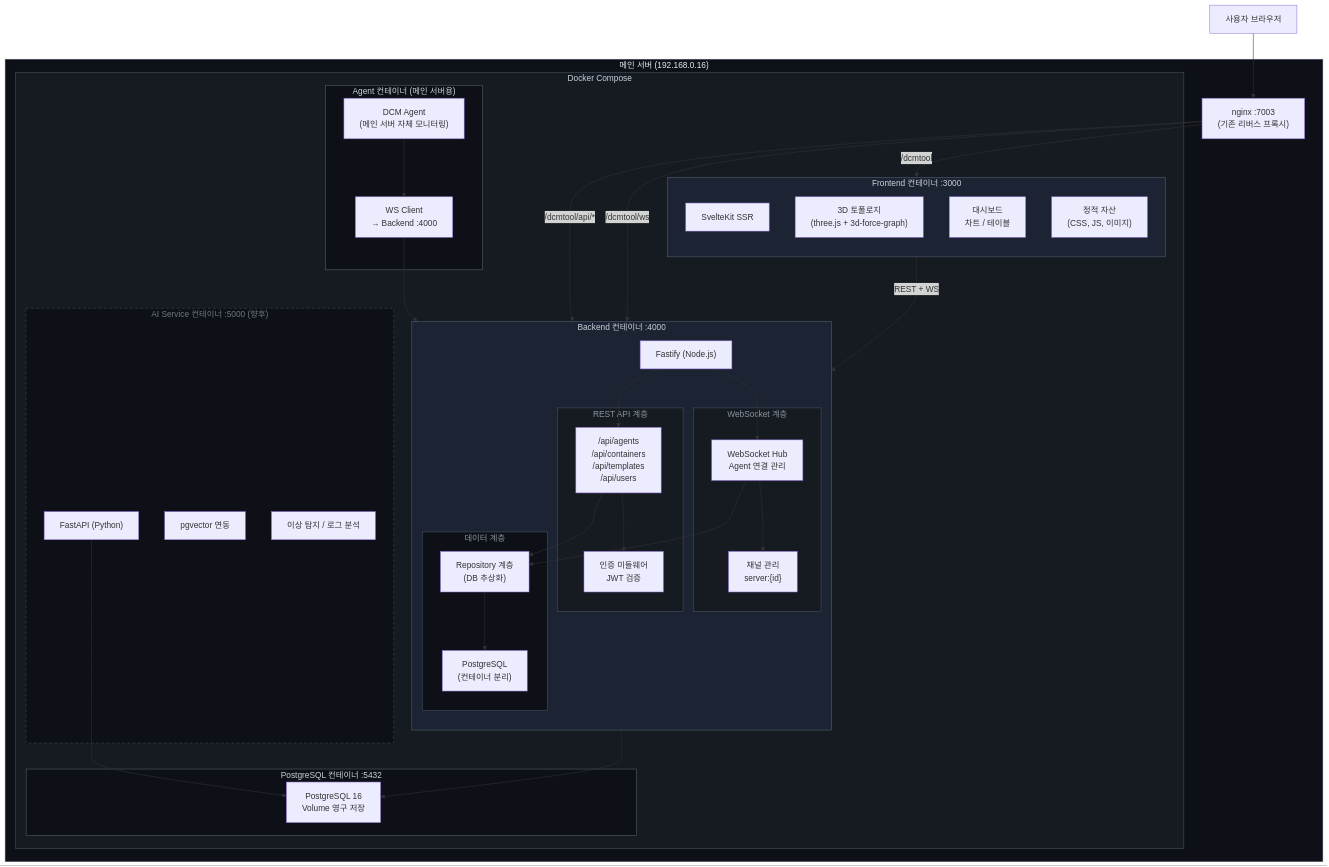
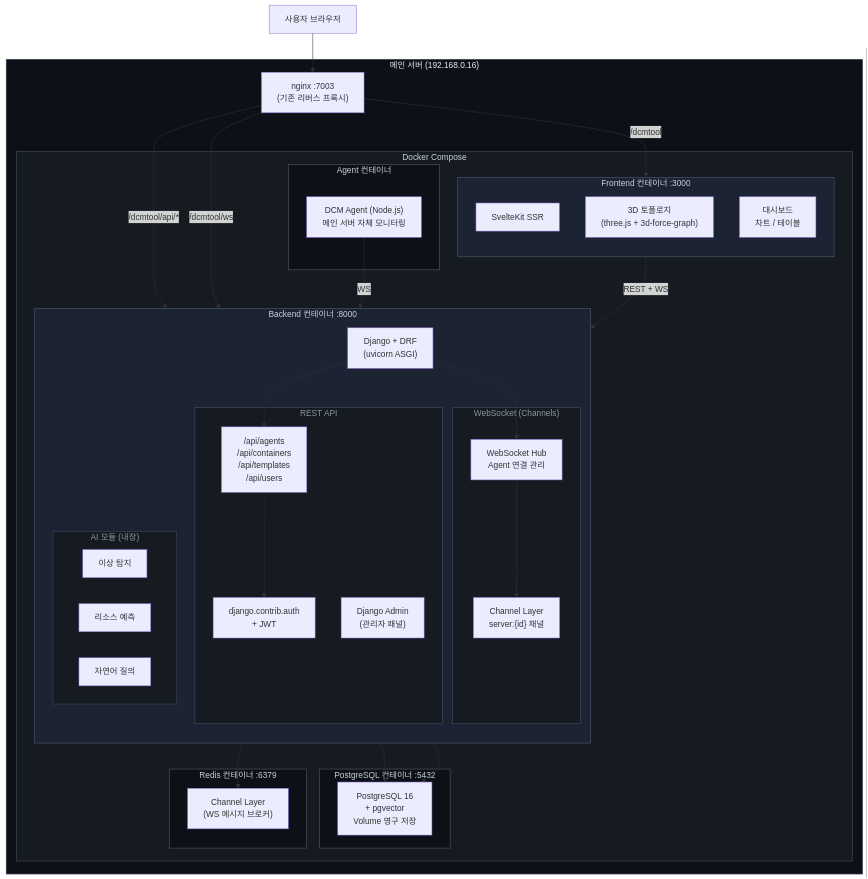
Before and after one commit to qkr7287/HyperCube: the third of 11 diagrams in docs/to-be-architecture.md, drawn with Mermaid. The commit also changed other lines of this file, not shown here.

First line of the commit message:
docs: switch backend from Fastify to Django

````diff
--- a/docs/to-be-architecture.md
+++ b/docs/to-be-architecture.md
@@ -176,80 +187,76 @@
 ```mermaid
 graph TB
     subgraph MainServer["메인 서버 (192.168.0.16)"]
         Nginx["nginx :7003<br/>(기존 리버스 프록시)"]
 
         subgraph Docker["Docker Compose"]
             subgraph FE["Frontend 컨테이너 :3000"]
                 direction TB
                 SSR["SvelteKit SSR"]
                 ThreeJS["3D 토폴로지<br/>(three.js + 3d-force-graph)"]
                 Charts["대시보드<br/>차트 / 테이블"]
-                StaticAssets["정적 자산<br/>(CSS, JS, 이미지)"]
             end
 
-            subgraph BE["Backend 컨테이너 :4000"]
+            subgraph BE["Backend 컨테이너 :8000"]
                 direction TB
-                FastifyServer["Fastify (Node.js)"]
+                DjangoServer["Django + DRF<br/>(uvicorn ASGI)"]
 
-                subgraph API["REST API 계층"]
+                subgraph API["REST API"]
                     Routes["/api/agents<br/>/api/containers<br/>/api/templates<br/>/api/users"]
-                    AuthMiddleware["인증 미들웨어<br/>JWT 검증"]
+                    DjangoAuth["django.contrib.auth<br/>+ JWT"]
+                    AdminPanel["Django Admin<br/>(관리자 패널)"]
                 end
 
-                subgraph WS["WebSocket 계층"]
+                subgraph WS["WebSocket (Channels)"]
                     Hub["WebSocket Hub<br/>Agent 연결 관리"]
-                    Channels["채널 관리<br/>server:{id}"]
+                    ChLayer["Channel Layer<br/>server:{id} 채널"]
                 end
 
-                subgraph Data["데이터 계층"]
-                    Repo["Repository 계층<br/>(DB 추상화)"]
-                    DB["PostgreSQL<br/>(컨테이너 분리)"]
+                subgraph AIModule["AI 모듈 (내장)"]
+                    Anomaly["이상 탐지"]
+                    Predict["리소스 예측"]
+                    NLQ["자연어 질의"]
                 end
 
-                FastifyServer --> Routes
-                FastifyServer --> Hub
-                Routes --> AuthMiddleware
-                Routes --> Repo
-                Hub --> Channels
-                Hub --> Repo
-                Repo --> DB
+                DjangoServer --> Routes
+                DjangoServer --> Hub
+                Routes --> DjangoAuth
+                Hub --> ChLayer
             end
 
             subgraph PgContainer["PostgreSQL 컨테이너 :5432"]
-                PgDB2["PostgreSQL 16<br/>Volume 영구 저장"]
+                PgDB2["PostgreSQL 16<br/>+ pgvector<br/>Volume 영구 저장"]
             end
 
-            subgraph AgentLocal["Agent 컨테이너 (메인 서버용)"]
-                AgentProcess["DCM Agent<br/>(메인 서버 자체 모니터링)"]
-                AgentWS["WS Client<br/>→ Backend :4000"]
+            subgraph RedisC["Redis 컨테이너 :6379"]
+                RedisServer["Channel Layer<br/>(WS 메시지 브로커)"]
             end
 
-            subgraph AIContainer["AI Service 컨테이너 :5000 (향후)"]
-                FastAPI["FastAPI (Python)"]
-                VectorDB["pgvector 연동"]
-                MLModels["이상 탐지 / 로그 분석"]
+            subgraph AgentLocal["Agent 컨테이너"]
+                AgentProcess["DCM Agent (Node.js)<br/>메인 서버 자체 모니터링"]
             end
         end
 
         Nginx -->|"/dcmtool"| SSR
-        Nginx -->|"/dcmtool/api/*"| FastifyServer
+        Nginx -->|"/dcmtool/api/*"| DjangoServer
         Nginx -->|"/dcmtool/ws"| Hub
     end
 
     Browser["사용자 브라우저"] --> Nginx
-    SSR -->|"REST + WS"| FastifyServer
-    AgentProcess --> AgentWS --> Hub
-    Repo --> PgDB2
-    FastAPI --> PgDB2
+    SSR -->|"REST + WS"| DjangoServer
+    DjangoServer --> PgDB2
+    ChLayer --> RedisServer
+    AIModule --> PgDB2
+    AgentProcess -->|WS| Hub
 
     style MainServer fill:#0d1117,stroke:#4a5568,color:#e6edf3
     style Docker fill:#161b22,stroke:#4a5568,color:#c9d1d9
     style FE fill:#1c2333,stroke:#586474,color:#c9d1d9
     style BE fill:#1c2333,stroke:#586474,color:#c9d1d9
     style API fill:#161b22,stroke:#4a5568,color:#8b949e
     style WS fill:#161b22,stroke:#4a5568,color:#8b949e
-    style Data fill:#0d1117,stroke:#4a5568,color:#8b949e
+    style AIModule fill:#161b22,stroke:#3d4f5f,color:#8b949e
     style AgentLocal fill:#0d1117,stroke:#586474,color:#c9d1d9
     style PgContainer fill:#0d1117,stroke:#586474,color:#c9d1d9
-    style AIContainer fill:#0d1117,stroke:#3d4f5f,color:#6e7681,stroke-dasharray: 5 5
+    style RedisC fill:#0d1117,stroke:#586474,color:#c9d1d9
 ```
````
